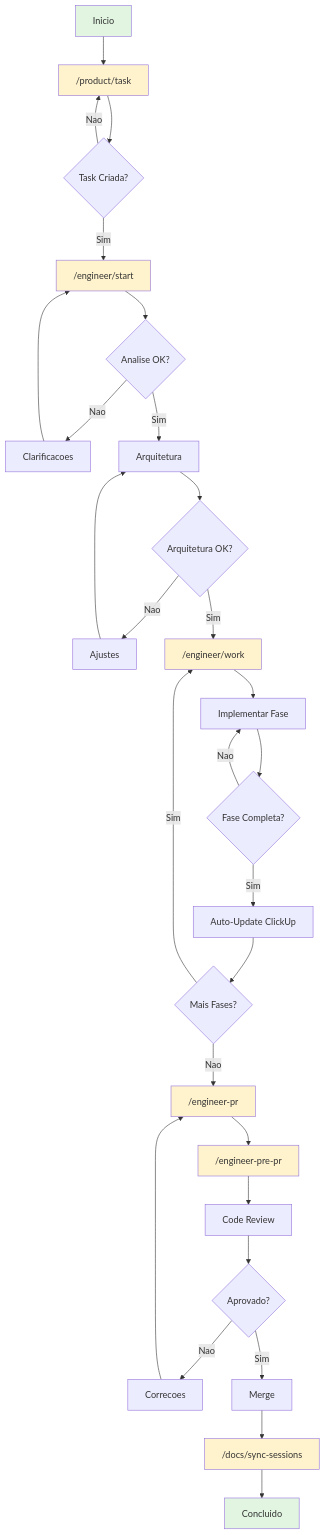
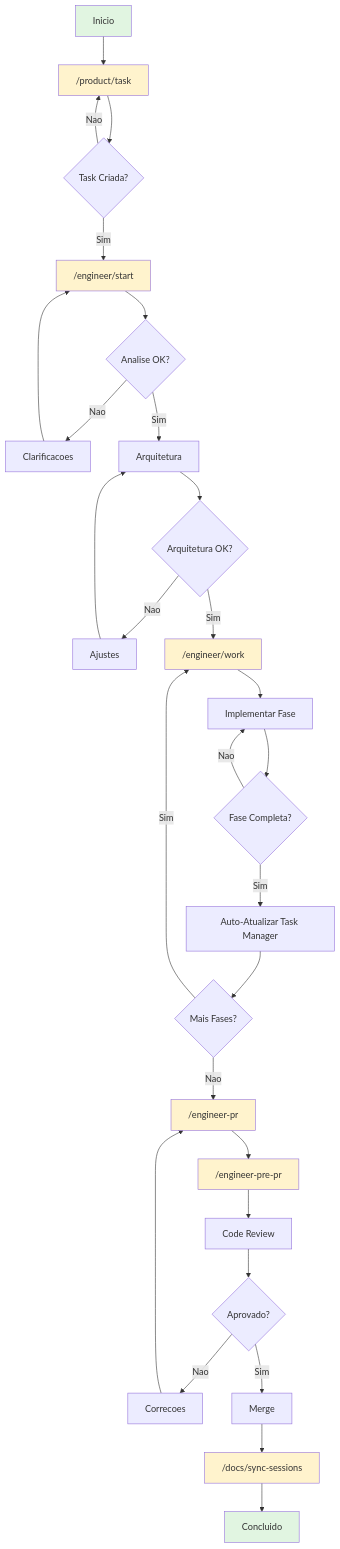
One commit to marciocar/onion-cursor changed the first of 9 diagrams in .cursor/docs/onion/engineering-flows.md. Above: the diagram before and after it, drawn with Mermaid. The commit also changed other lines of this file and 92 other files, not shown here.

First line of the commit message:
chore: remove nomes de empresas e generaliza ClickUp para Task Manager

````diff
--- a/.cursor/docs/onion/engineering-flows.md
+++ b/.cursor/docs/onion/engineering-flows.md
@@ -50,45 +50,45 @@
 ```mermaid
 flowchart TD
     A[Inicio] --> B["/product/task"]
     B --> C{Task Criada?}
     C -->|Sim| D["/engineer/start"]
     C -->|Nao| B
     
     D --> E{Analise OK?}
     E -->|Nao| F[Clarificacoes]
     F --> D
     E -->|Sim| G[Arquitetura]
     
     G --> H{Arquitetura OK?}
     H -->|Nao| I[Ajustes]
     I --> G
     H -->|Sim| J["/engineer/work"]
     
     J --> K[Implementar Fase]
     K --> L{Fase Completa?}
     L -->|Nao| K
-    L -->|Sim| M[Auto-Update ClickUp]
+    L -->|Sim| M[Auto-Atualizar Task Manager]
     
     M --> N{Mais Fases?}
     N -->|Sim| J
     N -->|Nao| O["/engineer-pr"]
     
     O --> P["/engineer-pre-pr"]
     P --> Q[Code Review]
     Q --> R{Aprovado?}
     R -->|Nao| S[Correcoes]
     S --> O
     R -->|Sim| T[Merge]
     
     T --> U["/docs/sync-sessions"]
     U --> V[Concluido]
     
     style A fill:#e1f5e1
     style V fill:#e1f5e1
     style B fill:#fff3cd
     style D fill:#fff3cd
     style J fill:#fff3cd
     style O fill:#fff3cd
     style P fill:#fff3cd
     style U fill:#fff3cd
 ```
````
